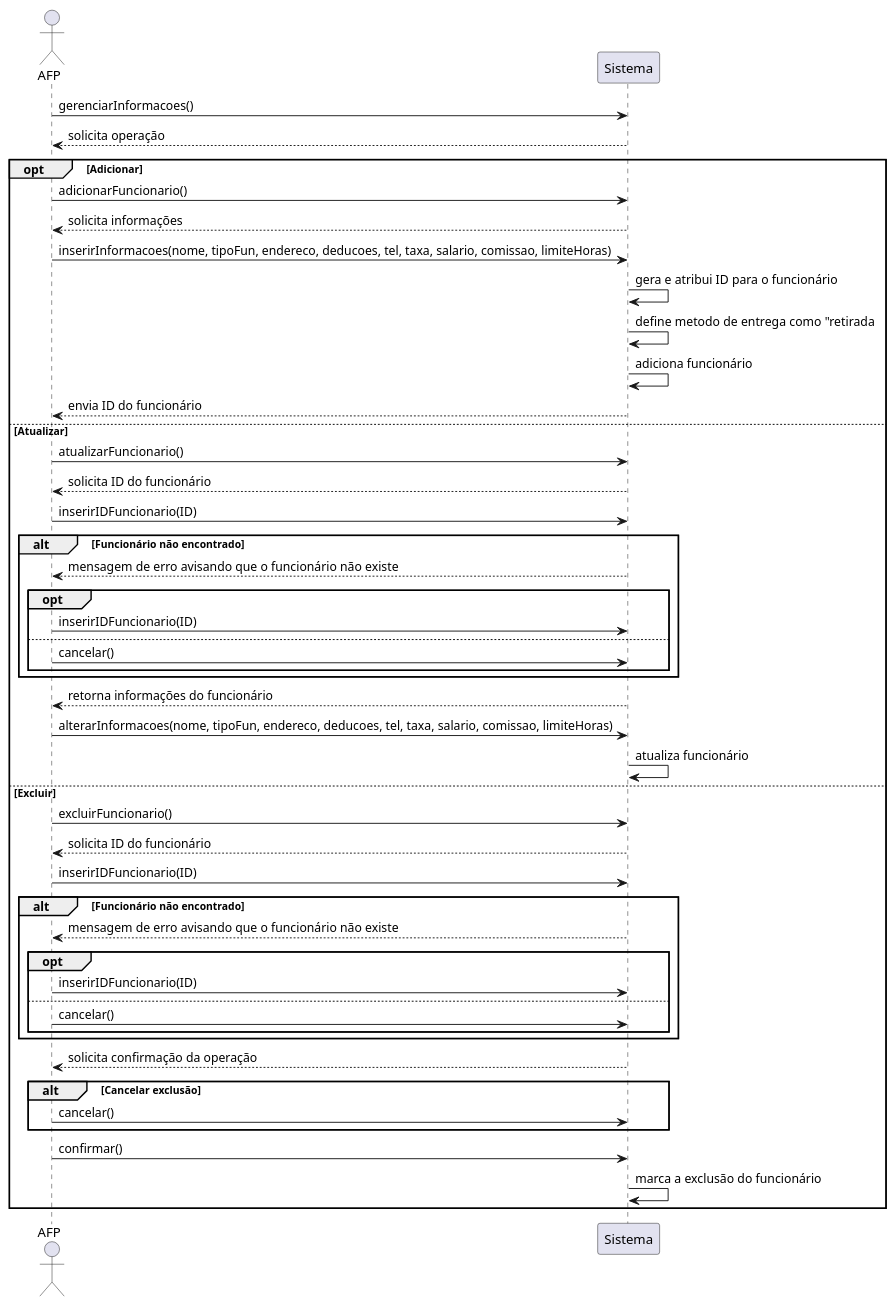
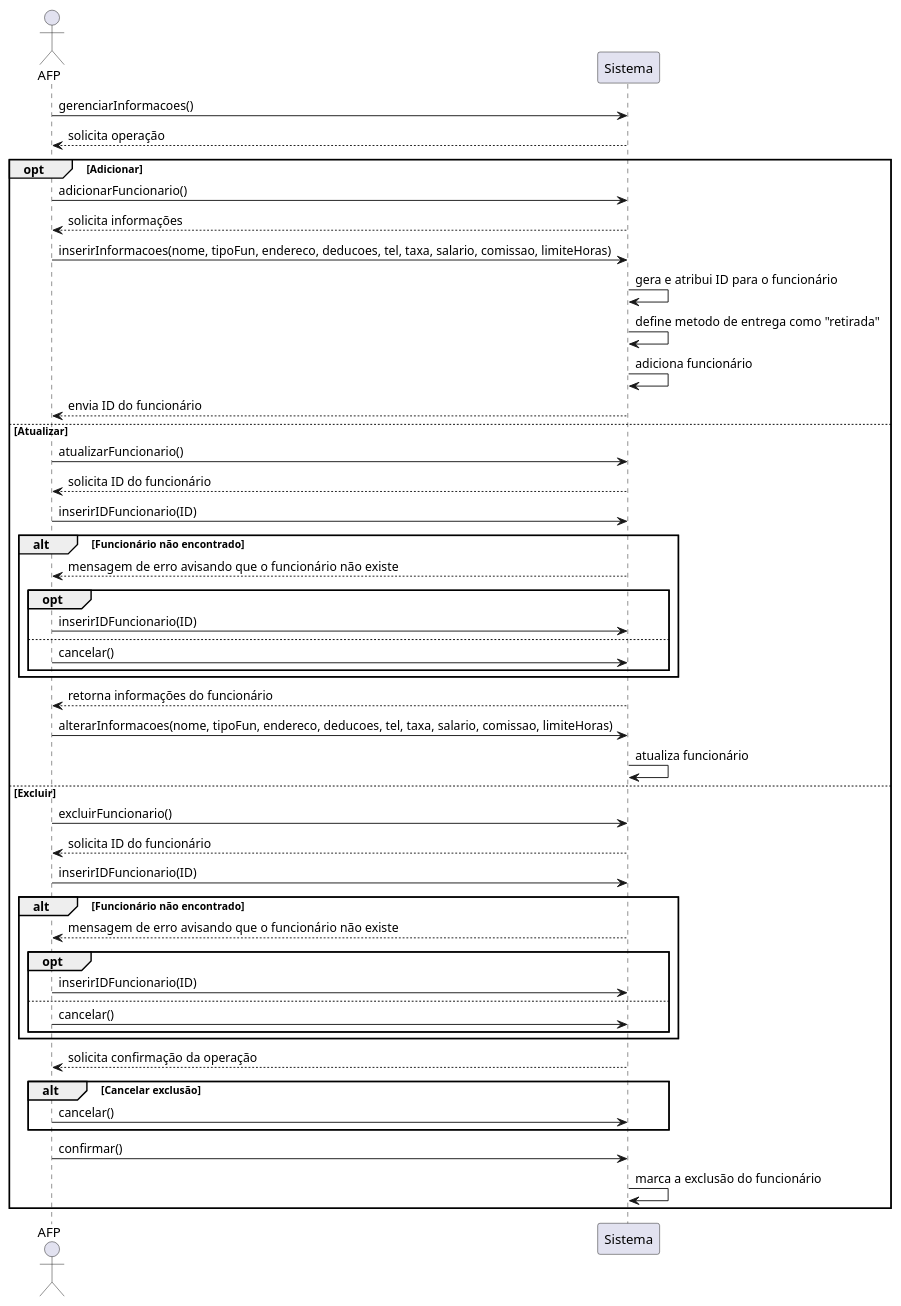
One commit to tikaradate/CI1163-Design_de_Software changed the diagram in casos_de_uso/caso-5/5-DSS.plantuml. Above: the diagram before and after it, drawn with PlantUML. The commit also changed 1 other file, not shown here.

```diff
--- a/casos_de_uso/caso-5/5-DSS.plantuml
+++ b/casos_de_uso/caso-5/5-DSS.plantuml
@@ -1,51 +1,51 @@
 @startuml
 
 actor AFP as AFP
 
 AFP -> Sistema : gerenciarInformacoes()
 AFP <-- Sistema : solicita operação
 
 opt Adicionar
     AFP -> Sistema : adicionarFuncionario()
     AFP <-- Sistema : solicita informações
     AFP -> Sistema : inserirInformacoes(nome, tipoFun, endereco, deducoes, tel, taxa, salario, comissao, limiteHoras)
     Sistema -> Sistema: gera e atribui ID para o funcionário
-    Sistema -> Sistema: define metodo de entrega como "retirada
+    Sistema -> Sistema: define metodo de entrega como "retirada"
     Sistema -> Sistema: adiciona funcionário
     AFP <-- Sistema: envia ID do funcionário
 else Atualizar
     AFP -> Sistema : atualizarFuncionario()
     AFP <-- Sistema : solicita ID do funcionário
     AFP -> Sistema : inserirIDFuncionario(ID)
     alt Funcionário não encontrado
         AFP <-- Sistema : mensagem de erro avisando que o funcionário não existe
         opt
             AFP -> Sistema : inserirIDFuncionario(ID)
         else
             AFP -> Sistema : cancelar()
         end
     end
     AFP <-- Sistema : retorna informações do funcionário
     AFP -> Sistema : alterarInformacoes(nome, tipoFun, endereco, deducoes, tel, taxa, salario, comissao, limiteHoras)
     Sistema -> Sistema: atualiza funcionário
 else Excluir
     AFP -> Sistema : excluirFuncionario()
     AFP <-- Sistema : solicita ID do funcionário
     AFP -> Sistema : inserirIDFuncionario(ID)
     alt Funcionário não encontrado
         AFP <-- Sistema : mensagem de erro avisando que o funcionário não existe
         opt
             AFP -> Sistema : inserirIDFuncionario(ID)
         else
             AFP -> Sistema : cancelar()
         end
     end
     AFP <-- Sistema : solicita confirmação da operação
     alt Cancelar exclusão
          AFP -> Sistema : cancelar()
     end
     AFP -> Sistema : confirmar()
     Sistema -> Sistema : marca a exclusão do funcionário
 end
 
 @enduml
```
